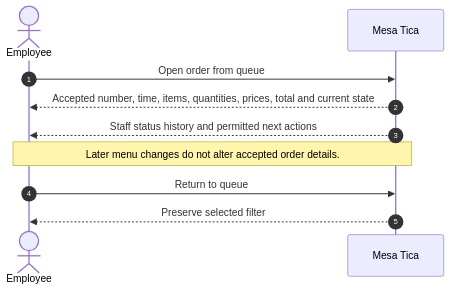
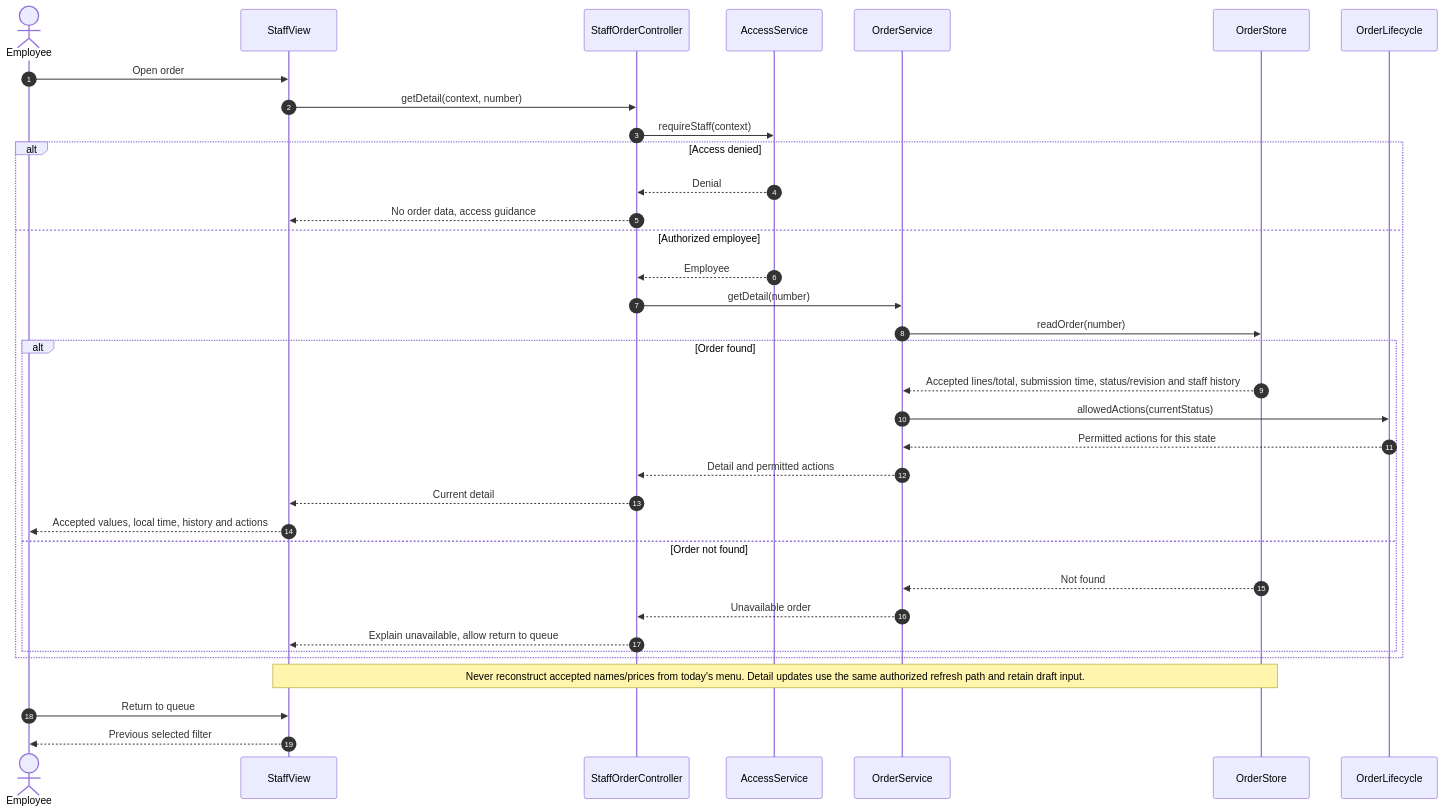
The diagram in design/diagrams/B2-detail.mmd (axantillon/mesa-tica), drawn with Mermaid before and after one commit. The commit also changed 16 other files, not shown here.

Commit message:
Define framework-agnostic architecture and detailed interaction design

```diff
--- a/design/diagrams/B2-detail.mmd
+++ b/design/diagrams/B2-detail.mmd
@@ -1,10 +1,35 @@
 sequenceDiagram
     autonumber
     actor Employee
-    participant Product as Mesa Tica
-    Employee->>Product: Open order from queue
-    Product-->>Employee: Accepted number, time, items, quantities, prices, total and current state
-    Product-->>Employee: Staff status history and permitted next actions
-    Note over Employee,Product: Later menu changes do not alter accepted order details.
-    Employee->>Product: Return to queue
-    Product-->>Employee: Preserve selected filter
+    participant UI as StaffView
+    participant C as StaffOrderController
+    participant Access as AccessService
+    participant S as OrderService
+    participant O as OrderStore
+    participant L as OrderLifecycle
+    Employee->>UI: Open order
+    UI->>C: getDetail(context, number)
+    C->>Access: requireStaff(context)
+    alt Access denied
+    Access-->>C: Denial
+    C-->>UI: No order data, access guidance
+    else Authorized employee
+    Access-->>C: Employee
+    C->>S: getDetail(number)
+    S->>O: readOrder(number)
+    alt Order found
+    O-->>S: Accepted lines/total, submission time, status/revision and staff history
+    S->>L: allowedActions(currentStatus)
+    L-->>S: Permitted actions for this state
+    S-->>C: Detail and permitted actions
+    C-->>UI: Current detail
+    UI-->>Employee: Accepted values, local time, history and actions
+    else Order not found
+    O-->>S: Not found
+    S-->>C: Unavailable order
+    C-->>UI: Explain unavailable, allow return to queue
+    end
+    end
+    Note over UI,O: Never reconstruct accepted names/prices from today's menu. Detail updates use the same authorized refresh path and retain draft input.
+    Employee->>UI: Return to queue
+    UI-->>Employee: Previous selected filter
```
